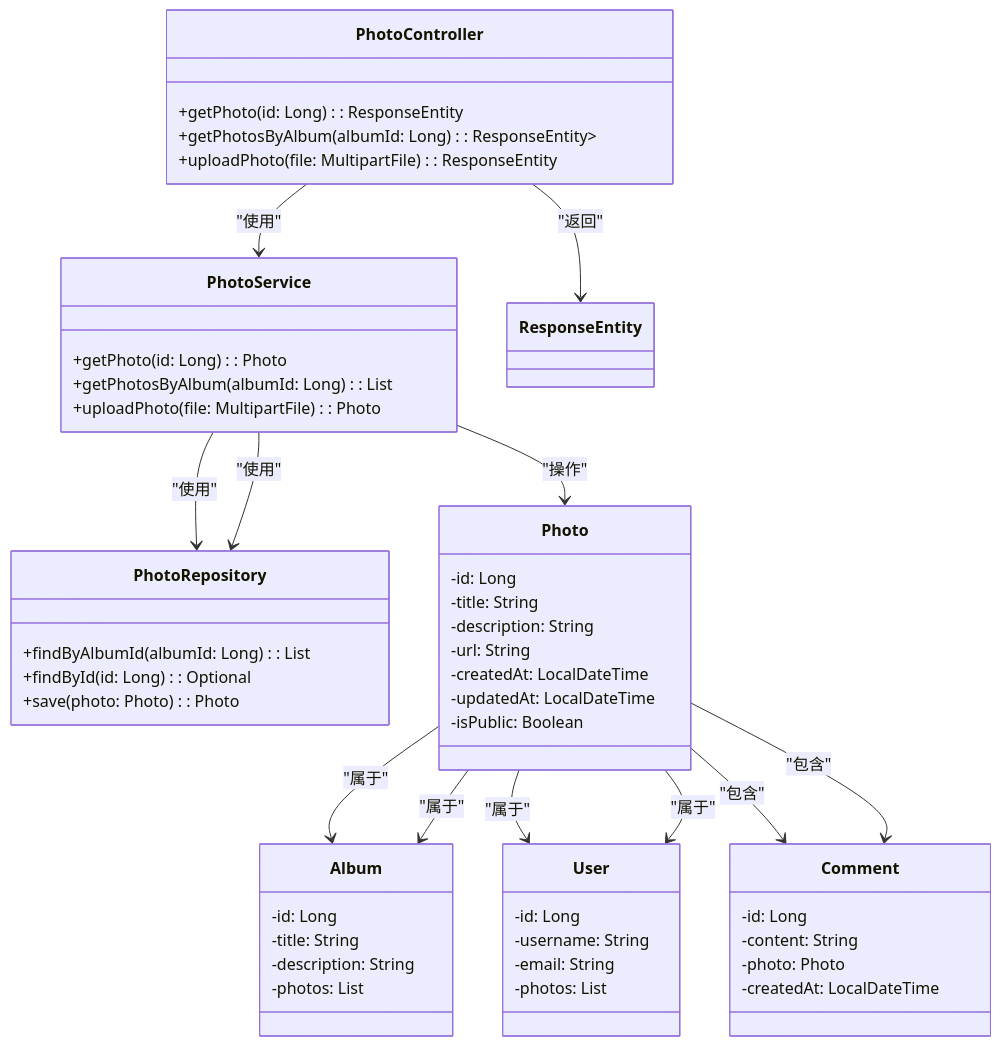
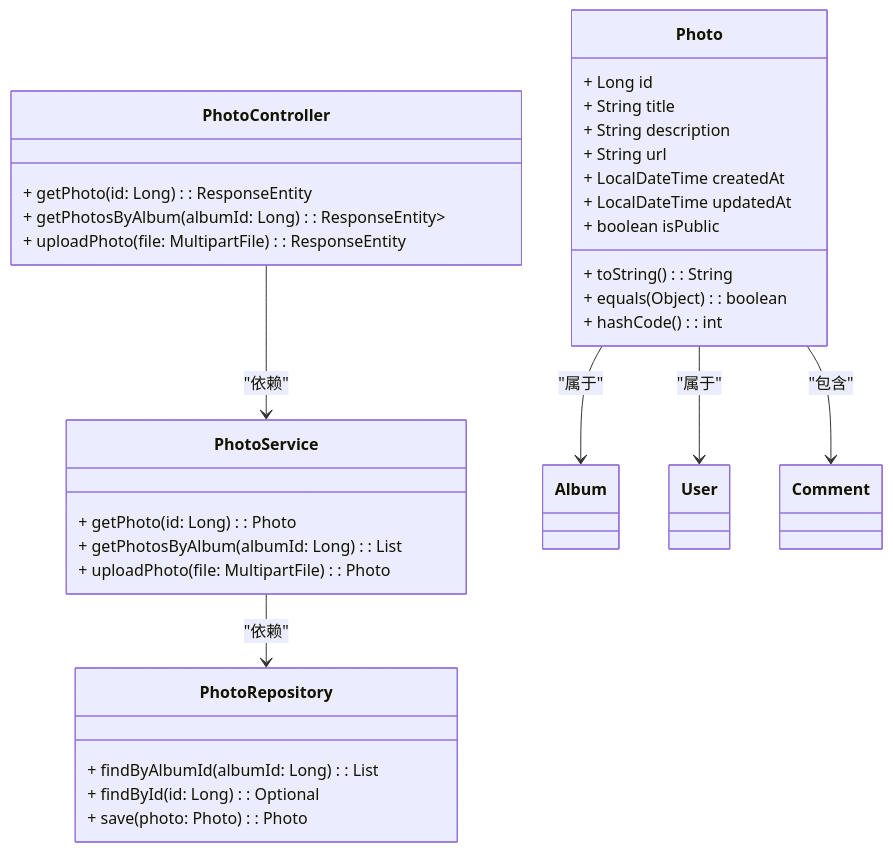
The eighth of 14 diagrams in README.md (lightmon233/Memento), drawn with Mermaid before and after one commit. The commit also changed other lines of this file, not shown here.

````diff
--- a/README.md
+++ b/README.md
@@ -435,63 +370,35 @@
 ```mermaid
 classDiagram
-    %% Photo模块的依赖关系和继承外部模块的关系
-    %% PhotoController类
-    class PhotoController {
-        +getPhoto(id: Long): ResponseEntity<Photo>
-        +getPhotosByAlbum(albumId: Long): ResponseEntity<List<Photo>>
-        +uploadPhoto(file: MultipartFile): ResponseEntity<Photo>
-    }
-    PhotoController --> PhotoService : "使用"
-    PhotoController --> ResponseEntity : "返回"
-    %% PhotoService类
-    class PhotoService {
-        +getPhoto(id: Long): Photo
-        +getPhotosByAlbum(albumId: Long): List<Photo>
-        +uploadPhoto(file: MultipartFile): Photo
-    }
-    PhotoService --> PhotoRepository : "使用"
-    PhotoService --> Photo : "操作"
-    %% Photo类
-    class Photo {
-        -id: Long
-        -title: String
-        -description: String
-        -url: String
-        -createdAt: LocalDateTime
-        -updatedAt: LocalDateTime
-        -isPublic: Boolean
-    }
-    Photo --> Album : "属于"
-    Photo --> User : "属于"
-    Photo --> Comment : "包含"
-    %% 外部模块关系
-    class PhotoRepository {
-        +findByAlbumId(albumId: Long): List<Photo>
-        +findById(id: Long): Optional<Photo>
-        +save(photo: Photo): Photo
-    }
-    PhotoService --> PhotoRepository : "使用"
-    
-    class Album {
-        -id: Long
-        -title: String
-        -description: String
-        -photos: List<Photo>
-    }
-    Photo --> Album : "属于"
-    class User {
-        -id: Long
-        -username: String
-        -email: String
-        -photos: List<Photo>
-    }
-    Photo --> User : "属于"
-    class Comment {
-        -id: Long
-        -content: String
-        -photo: Photo
-        -createdAt: LocalDateTime
-    }
+class Photo {
+  + Long id
+  + String title
+  + String description
+  + String url
+  + LocalDateTime createdAt
+  + LocalDateTime updatedAt
+  + boolean isPublic
+  + toString(): String
+  + equals(Object): boolean
+  + hashCode(): int
+}
+class PhotoController {
+  + getPhoto(id: Long): ResponseEntity<Photo>
+  + getPhotosByAlbum(albumId: Long): ResponseEntity<List<Photo>>
+  + uploadPhoto(file: MultipartFile): ResponseEntity<Photo>
+}
+class PhotoService {
+  + getPhoto(id: Long): Photo
+  + getPhotosByAlbum(albumId: Long): List<Photo>
+  + uploadPhoto(file: MultipartFile): Photo
+}
+class PhotoRepository {
+  + findByAlbumId(albumId: Long): List<Photo>
+  + findById(id: Long): Optional<Photo>
+  + save(photo: Photo): Photo
+}
+Photo --> Album : "属于"
+Photo --> User : "属于"
 Photo --> Comment : "包含"
-
+PhotoController --> PhotoService : "依赖"
+PhotoService --> PhotoRepository : "依赖"
 ```
````
